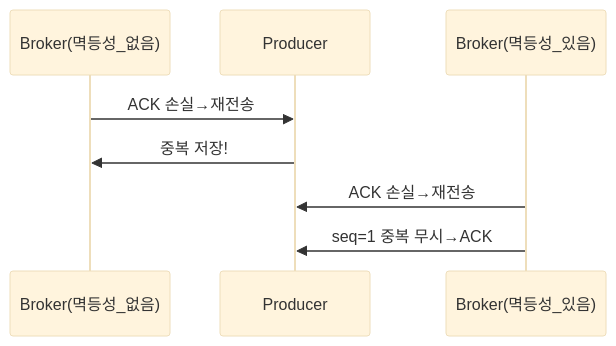
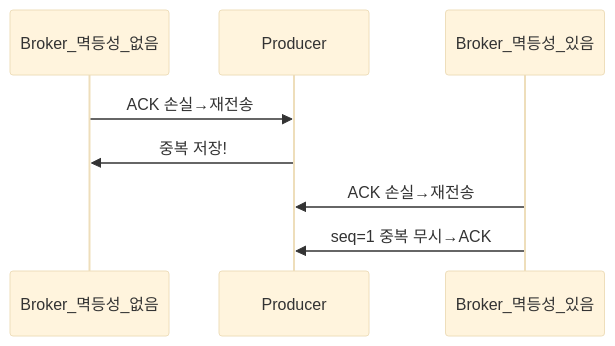
Diagram 14 of 21 in _posts/kafka/2026-05-01-kafka-internals.md (yjkim2015/yjkim2015.github.io), drawn with Mermaid (base theme) before and after one commit. The commit also changed other lines of this file and 85 other files, not shown here.

First line of the commit message:
sequenceDiagram 문법 에러 2차 수정 169개 (86파일)

````diff
--- a/_posts/kafka/2026-05-01-kafka-internals.md
+++ b/_posts/kafka/2026-05-01-kafka-internals.md
@@ -348,7 +348,7 @@
 ```mermaid
 sequenceDiagram
-    Broker(멱등성_없음)->>Producer: ACK 손실→재전송
-    Producer->>Broker(멱등성_없음): 중복 저장!
-    Broker(멱등성_있음)->>Producer: ACK 손실→재전송
-    Broker(멱등성_있음)->>Producer: seq=1 중복 무시→ACK
+    Broker_멱등성_없음->>Producer: ACK 손실→재전송
+    Producer->>Broker_멱등성_없음: 중복 저장!
+    Broker_멱등성_있음->>Producer: ACK 손실→재전송
+    Broker_멱등성_있음->>Producer: seq=1 중복 무시→ACK
 ```
````
